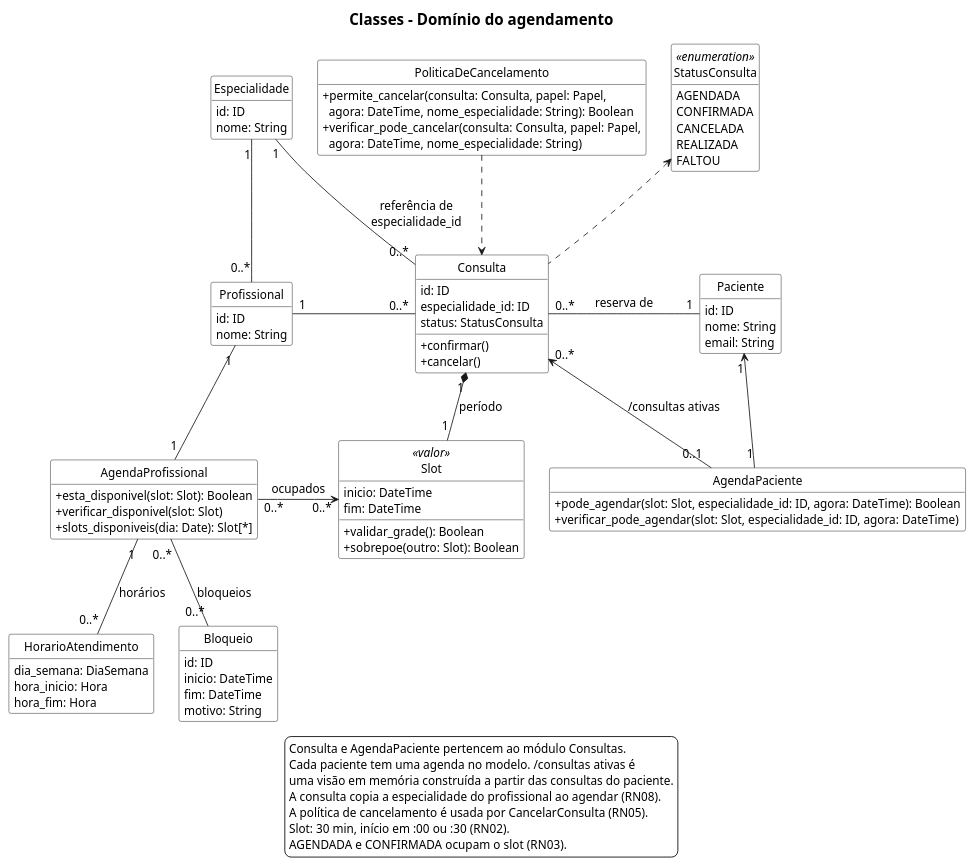
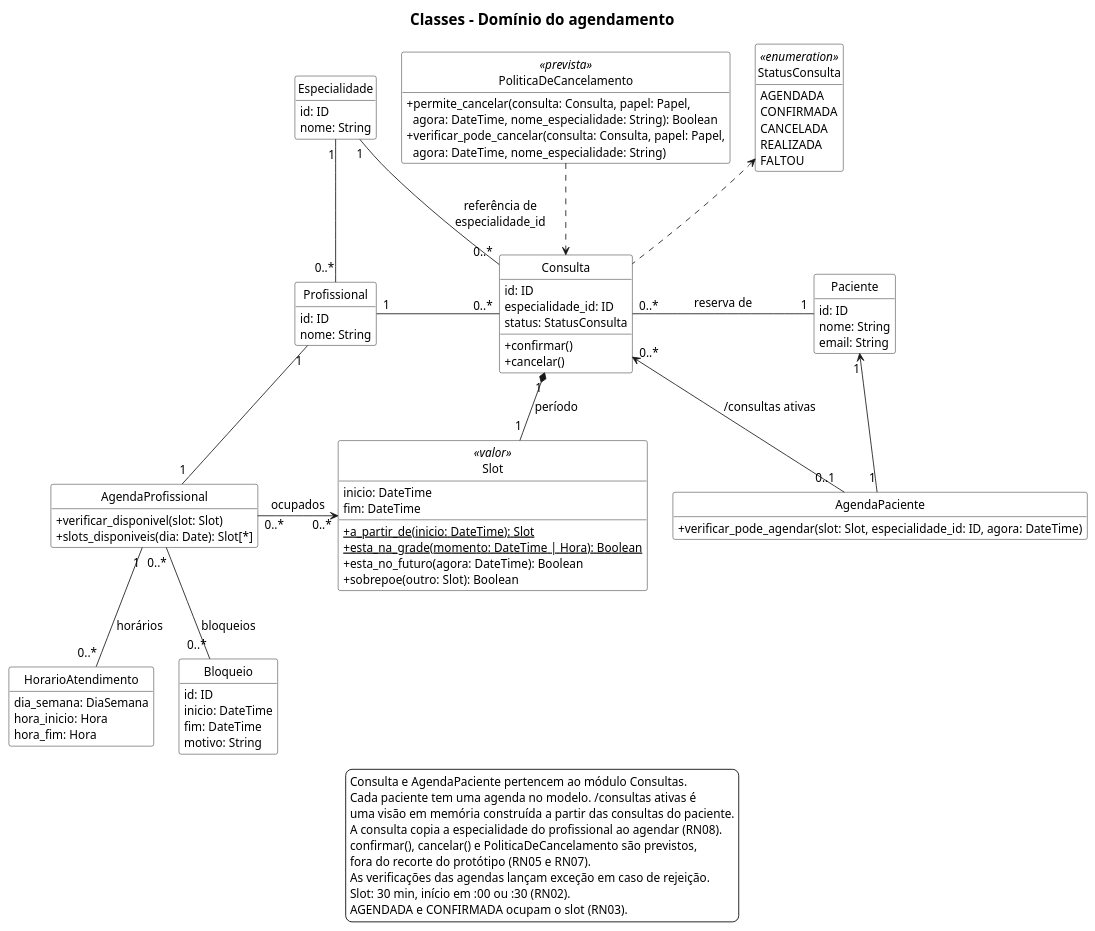
One commit to luizeduarte/agenda-clinica changed the diagram in docs/diagramas/classes.puml. Above: the diagram before and after it, drawn with PlantUML. The commit also changed 11 other files, not shown here.

First line of the commit message:
[FIX] Alinhamento dos diagramas com o código

```diff
--- a/docs/diagramas/classes.puml
+++ b/docs/diagramas/classes.puml
@@ -1,102 +1,104 @@
 @startuml classes
 
 skinparam monochrome true
 skinparam shadowing false
 skinparam defaultFontName SansSerif
 skinparam defaultFontSize 14
 skinparam titleFontSize 18
 skinparam classBackgroundColor white
 skinparam classBorderColor black
 skinparam legendBackgroundColor white
 skinparam classAttributeIconSize 0
 skinparam nodesep 30
 hide empty members
 hide circle
 
 title Classes - Domínio do agendamento
 
 class Especialidade {
   id: ID
   nome: String
 }
 class Profissional {
   id: ID
   nome: String
 }
 class Paciente {
   id: ID
   nome: String
   email: String
 }
 class AgendaProfissional {
-  +esta_disponivel(slot: Slot): Boolean
   +verificar_disponivel(slot: Slot)
   +slots_disponiveis(dia: Date): Slot[*]
 }
 class HorarioAtendimento {
   dia_semana: DiaSemana
   hora_inicio: Hora
   hora_fim: Hora
 }
 class Bloqueio {
   id: ID
   inicio: DateTime
   fim: DateTime
   motivo: String
 }
 class Consulta {
   id: ID
   especialidade_id: ID
   status: StatusConsulta
   +confirmar()
   +cancelar()
 }
 class AgendaPaciente {
-  +pode_agendar(slot: Slot, especialidade_id: ID, agora: DateTime): Boolean
   +verificar_pode_agendar(slot: Slot, especialidade_id: ID, agora: DateTime)
 }
 class Slot <<valor>> {
   inicio: DateTime
   fim: DateTime
-  +validar_grade(): Boolean
+  {static} +a_partir_de(inicio: DateTime): Slot
+  {static} +esta_na_grade(momento: DateTime | Hora): Boolean
+  +esta_no_futuro(agora: DateTime): Boolean
   +sobrepoe(outro: Slot): Boolean
 }
 enum StatusConsulta <<enumeration>> {
   AGENDADA
   CONFIRMADA
   CANCELADA
   REALIZADA
   FALTOU
 }
-class PoliticaDeCancelamento {
+class PoliticaDeCancelamento <<prevista>> {
   +permite_cancelar(consulta: Consulta, papel: Papel,\n  agora: DateTime, nome_especialidade: String): Boolean
   +verificar_pode_cancelar(consulta: Consulta, papel: Papel,\n  agora: DateTime, nome_especialidade: String)
 }
 
 Profissional "0..*" -up- "1" Especialidade
 Consulta "0..*" -up- "1" Especialidade : referência de\nespecialidade_id
 Profissional "1" -right- "0..*" Consulta
 Consulta "0..*" -right- "1" Paciente : reserva de
 
 Profissional "1" -down- "1" AgendaProfissional
 AgendaPaciente "1" -up-> "1" Paciente
 AgendaPaciente "0..1" -up-> "0..*" Consulta : /consultas ativas
 
 Consulta "1" *-down- "1" Slot : período
 AgendaProfissional "0..*" -right-> "0..*" Slot : ocupados
 AgendaProfissional "1" -down- "0..*" HorarioAtendimento : horários
 AgendaProfissional "0..*" -down- "0..*" Bloqueio : bloqueios
 
 PoliticaDeCancelamento .down.> Consulta
 Consulta .up.> StatusConsulta
 
 legend bottom
   Consulta e AgendaPaciente pertencem ao módulo Consultas.
   Cada paciente tem uma agenda no modelo. /consultas ativas é
   uma visão em memória construída a partir das consultas do paciente.
   A consulta copia a especialidade do profissional ao agendar (RN08).
-  A política de cancelamento é usada por CancelarConsulta (RN05).
+  confirmar(), cancelar() e PoliticaDeCancelamento são previstos,
+  fora do recorte do protótipo (RN05 e RN07).
+  As verificações das agendas lançam exceção em caso de rejeição.
   Slot: 30 min, início em :00 ou :30 (RN02).
   AGENDADA e CONFIRMADA ocupam o slot (RN03).
 endlegend
 @enduml
```
